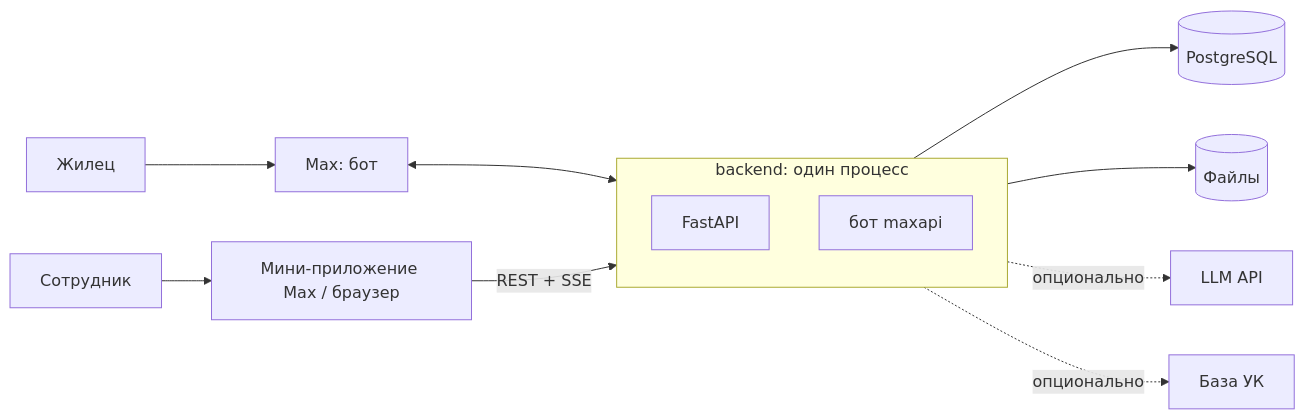
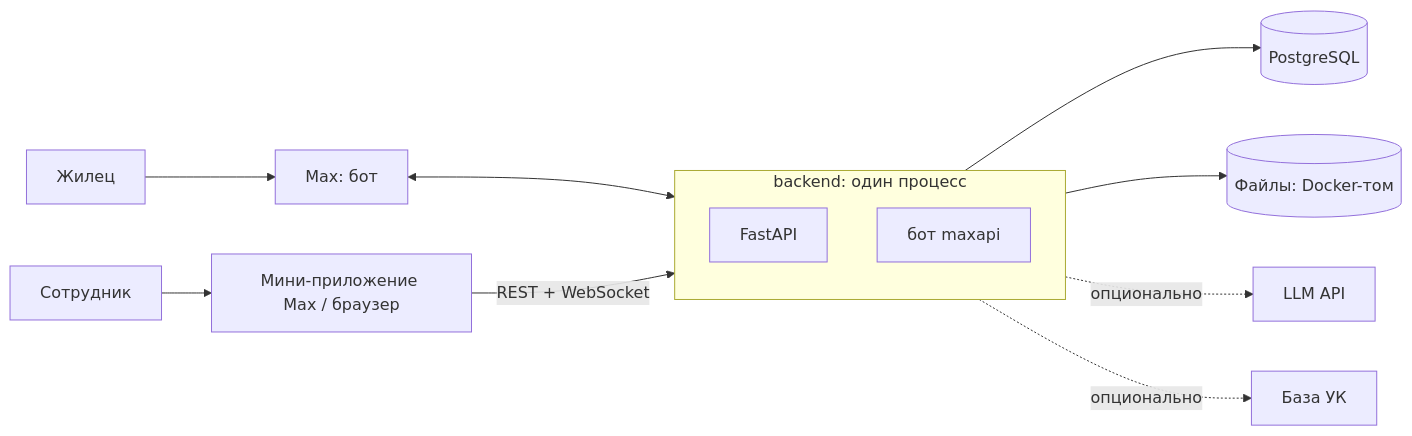
The diagram in docs/architecture.md (ramismaris/uk-support-service), drawn with Mermaid before and after one commit. The commit also changed other lines of this file and 4 other files, not shown here.

Commit message:
docs: align backend architecture with arendalike-api

````diff
--- a/docs/architecture.md
+++ b/docs/architecture.md
@@ -3,15 +3,15 @@
 ```mermaid
 flowchart LR
     R[Жилец] --> MAX[Max: бот]
     S[Сотрудник] --> APP[Мини-приложение Max / браузер]
     MAX <--> BE
-    APP -- REST + SSE --> BE
+    APP -- REST + WebSocket --> BE
     subgraph BE[backend: один процесс]
         API[FastAPI]
         BOT[бот maxapi]
     end
     BE --> PG[(PostgreSQL)]
-    BE --> FS[(Файлы)]
+    BE --> FS[(Файлы: Docker-том)]
     BE -. опционально .-> LLM[LLM API]
     BE -. опционально .-> UKDB[База УК]
 ```
````
